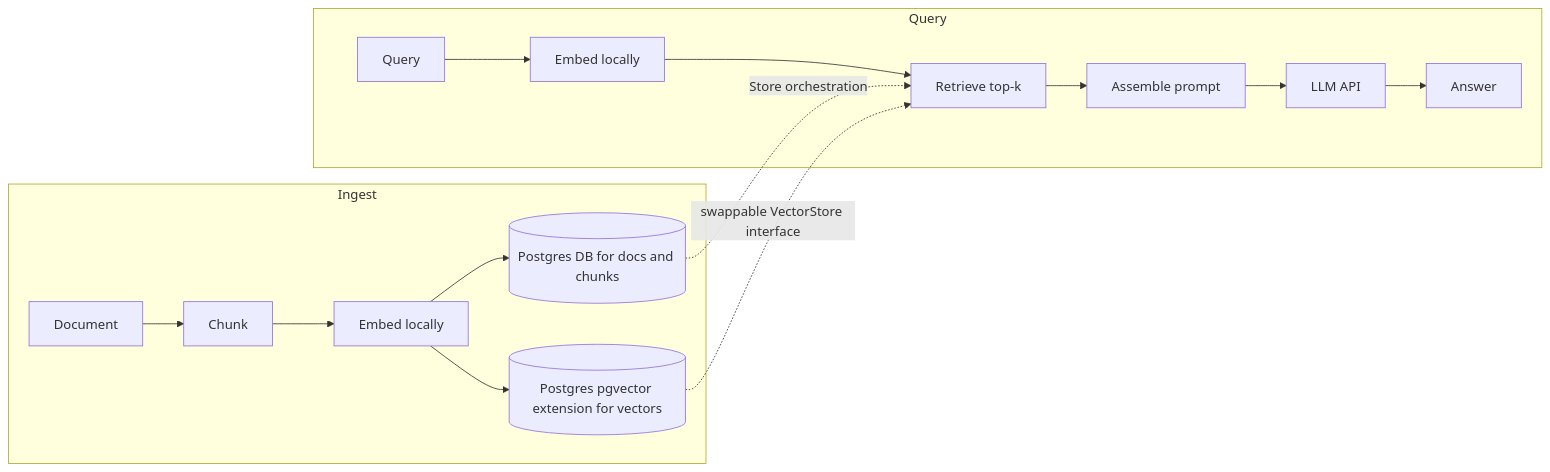
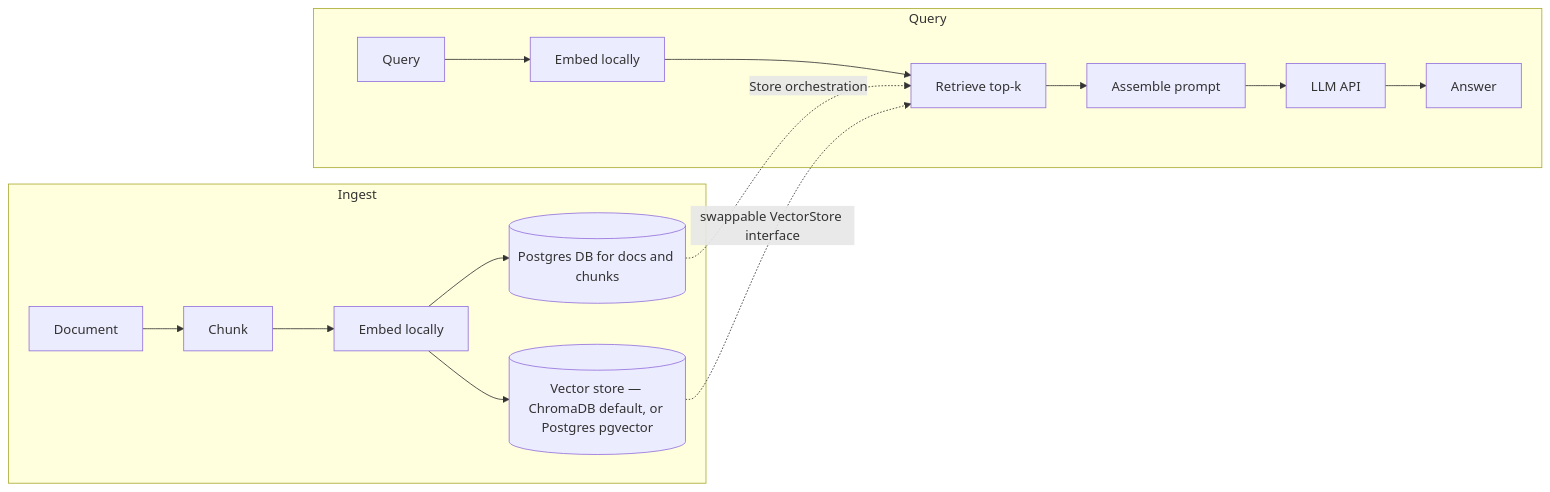
Before and after one commit to richard-haberern/rag-app: the diagram in README.md, drawn with Mermaid. The commit also changed other lines of this file and 10 other files, not shown here.

````diff
--- a/README.md
+++ b/README.md
@@ -41,18 +41,18 @@
 ```mermaid
 flowchart LR
     subgraph Ingest
         A[Document] --> B[Chunk]
         B --> C[Embed locally]
         C --> D[(Postgres DB for docs and chunks)]
-        C --> E[(Postgres pgvector extension for vectors)]
+        C --> E[(Vector store — ChromaDB default, or Postgres pgvector)]
     end
     subgraph Query
         Q[Query] --> R[Embed locally]
         R --> S[Retrieve top-k]
         S --> T[Assemble prompt]
         T --> U[LLM API]
         U --> V[Answer]
     end
     D -. Store orchestration .-> S
     E -. swappable VectorStore interface .-> S
 ```
````
